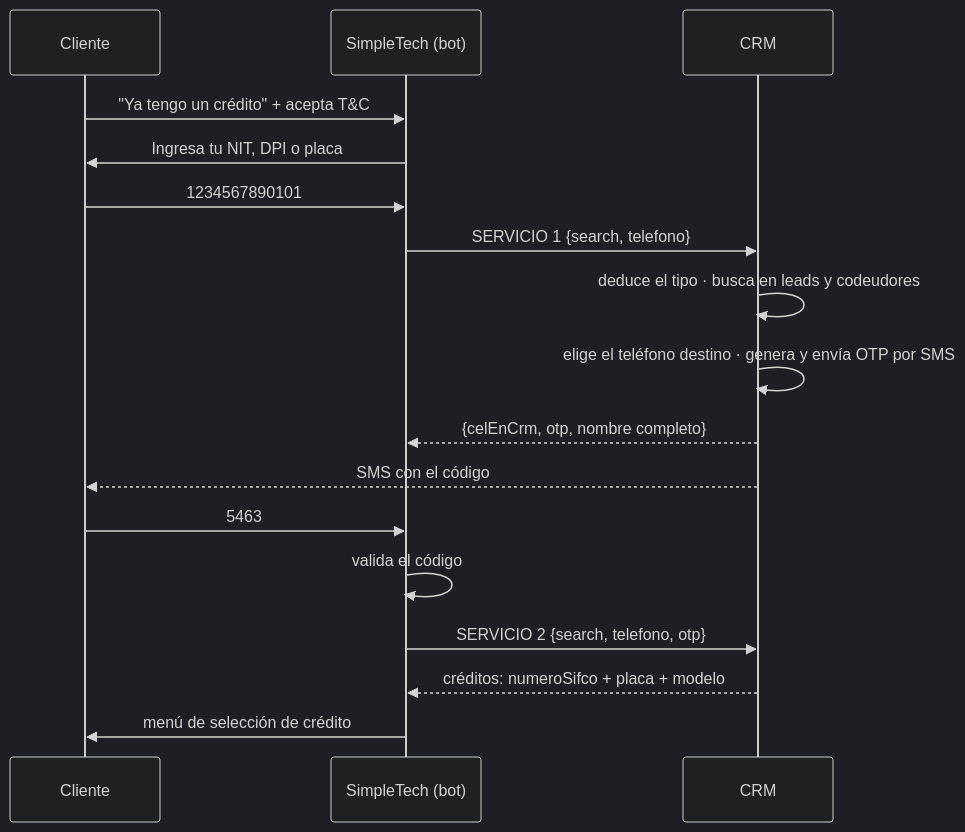
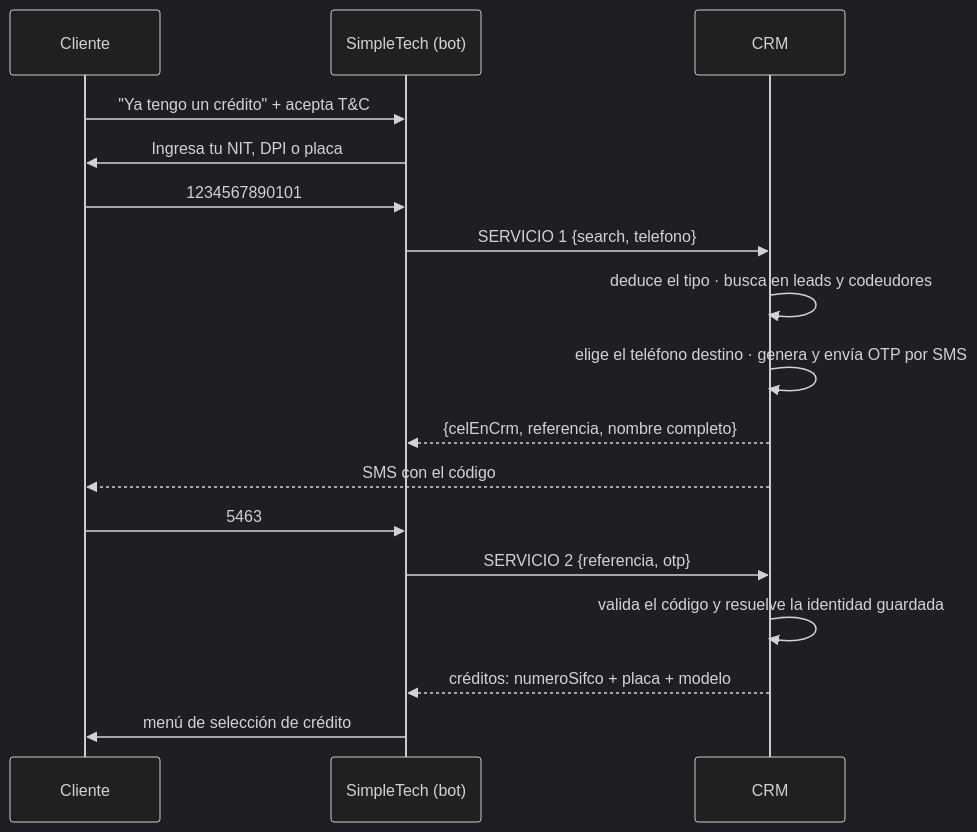
One commit to Engineering-Club-Cash-In/universe changed the diagram in docs/features/bot-whatsapp-cobros/01-identificacion-y-acceso.md. Above: the diagram before and after it, drawn with Mermaid (dark theme). The commit also changed other lines of this file and 14 other files, not shown here.

````diff
--- a/docs/features/bot-whatsapp-cobros/01-identificacion-y-acceso.md
+++ b/docs/features/bot-whatsapp-cobros/01-identificacion-y-acceso.md
@@ -35,20 +36,20 @@
 ```mermaid
 sequenceDiagram
     participant C as Cliente
     participant B as SimpleTech (bot)
     participant CRM as CRM
 
     C->>B: "Ya tengo un crédito" + acepta T&C
     B->>C: Ingresa tu NIT, DPI o placa
     C->>B: 1234567890101
     B->>CRM: SERVICIO 1 {search, telefono}
     CRM->>CRM: deduce el tipo · busca en leads y codeudores
     CRM->>CRM: elige el teléfono destino · genera y envía OTP por SMS
-    CRM-->>B: {celEnCrm, otp, nombre completo}
+    CRM-->>B: {celEnCrm, referencia, nombre completo}
     CRM-->>C: SMS con el código
     C->>B: 5463
-    B->>B: valida el código
-    B->>CRM: SERVICIO 2 {search, telefono, otp}
+    B->>CRM: SERVICIO 2 {referencia, otp}
+    CRM->>CRM: valida el código y resuelve la identidad guardada
     CRM-->>B: créditos: numeroSifco + placa + modelo
     B->>C: menú de selección de crédito
 ```
````
